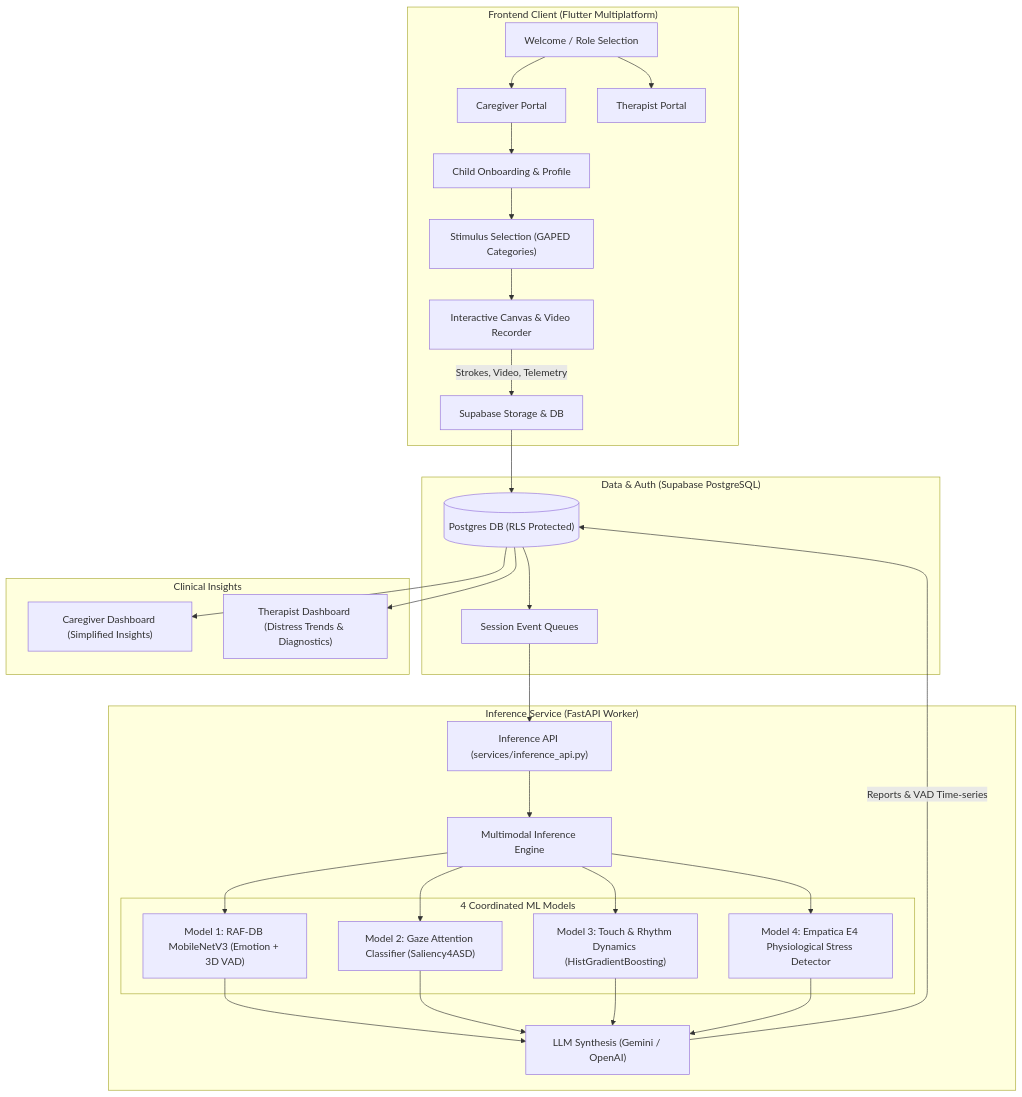
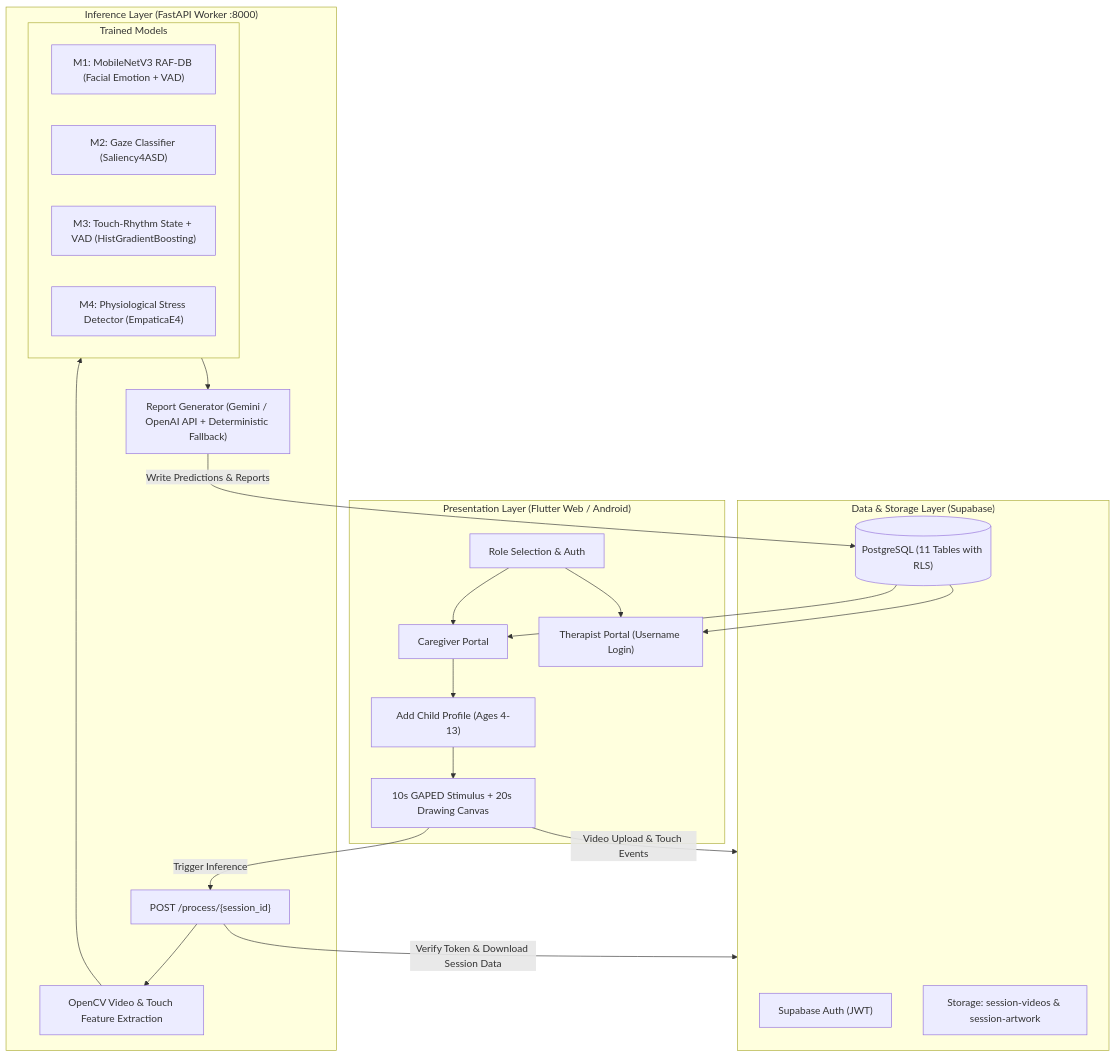
One commit to akankshajadhav786/Artspeak changed the diagram in README.md. Above: the diagram before and after it, drawn with Mermaid. The commit also changed other lines of this file, not shown here.

````diff
--- a/README.md
+++ b/README.md
@@ -68,37 +47,36 @@
 ```mermaid
 flowchart TD
-    subgraph Client ["Frontend Client (Flutter Multiplatform)"]
-        A["Welcome / Role Selection"] --> B1["Caregiver Portal"]
-        A --> B2["Therapist Portal"]
-        B1 --> C["Child Onboarding & Profile"]
-        C --> D["Stimulus Selection (GAPED Categories)"]
-        D --> E["Interactive Canvas & Video Recorder"]
-        E -->|Strokes, Video, Telemetry| F["Supabase Storage & DB"]
+    subgraph Presentation ["Presentation Layer (Flutter Web / Android)"]
+        UI_Entry["Role Selection & Auth"] --> UI_Caregiver["Caregiver Portal"]
+        UI_Entry --> UI_Therapist["Therapist Portal (Username Login)"]
+        UI_Caregiver --> UI_Child["Add Child Profile (Ages 4-13)"]
+        UI_Child --> UI_Session["10s GAPED Stimulus + 20s Drawing Canvas"]
     end
 
-    subgraph Cloud ["Data & Auth (Supabase PostgreSQL)"]
-        F --> G[("Postgres DB (RLS Protected)")]
-        G --> H["Session Event Queues"]
+    subgraph DataLayer ["Data & Storage Layer (Supabase)"]
+        Auth["Supabase Auth (JWT)"]
+        DB[("PostgreSQL (11 Tables with RLS)")]
+        Buckets["Storage: session-videos & session-artwork"]
     end
 
-    subgraph Backend ["Inference Service (FastAPI Worker)"]
-        H --> I["Inference API (services/inference_api.py)"]
-        I --> J["Multimodal Inference Engine"]
+    subgraph InferenceLayer ["Inference Layer (FastAPI Worker :8000)"]
+        Endpoint["POST /process/{session_id}"]
+        FeatureExtract["OpenCV Video & Touch Feature Extraction"]
         
-        subgraph Models ["4 Coordinated ML Models"]
-            M1["Model 1: RAF-DB MobileNetV3 (Emotion + 3D VAD)"]
-            M2["Model 2: Gaze Attention Classifier (Saliency4ASD)"]
-            M3["Model 3: Touch & Rhythm Dynamics (HistGradientBoosting)"]
-            M4["Model 4: Empatica E4 Physiological Stress Detector"]
+        subgraph MLSuite ["Trained Models"]
+            M1["M1: MobileNetV3 RAF-DB (Facial Emotion + VAD)"]
+            M2["M2: Gaze Classifier (Saliency4ASD)"]
+            M3["M3: Touch-Rhythm State + VAD (HistGradientBoosting)"]
+            M4["M4: Physiological Stress Detector (EmpaticaE4)"]
         end
-
-        J --> M1 & M2 & M3 & M4
-        M1 & M2 & M3 & M4 --> K["LLM Synthesis (Gemini / OpenAI)"]
-        K -->|Reports & VAD Time-series| G
+        
+        Synthesizer["Report Generator (Gemini / OpenAI API + Deterministic Fallback)"]
     end
 
-    subgraph Clinical ["Clinical Insights"]
-        G --> L1["Caregiver Dashboard (Simplified Insights)"]
-        G --> L2["Therapist Dashboard (Distress Trends & Diagnostics)"]
-    end
+    UI_Session -->|Video Upload & Touch Events| DataLayer
+    UI_Session -->|Trigger Inference| Endpoint
+    Endpoint -->|Verify Token & Download Session Data| DataLayer
+    Endpoint --> FeatureExtract --> MLSuite --> Synthesizer
+    Synthesizer -->|Write Predictions & Reports| DB
+    DB --> UI_Caregiver & UI_Therapist
 ```
````
